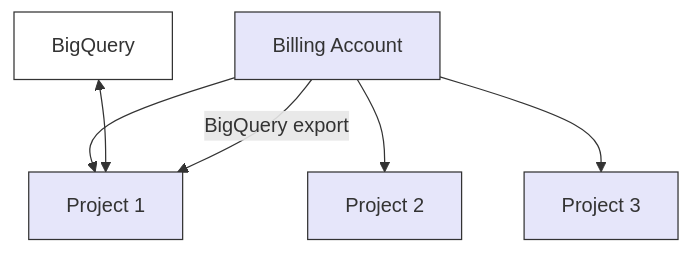
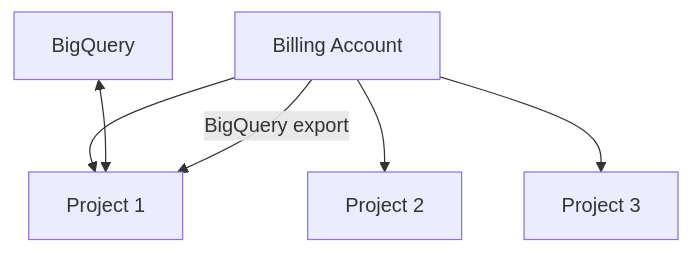
The diagram in guides/connect-gcp.mdx (yasucloud/docs), drawn with Mermaid before and after one commit. The commit also changed other lines of this file and 1 other file, not shown here.

Commit message:
Fix GCP docs

````diff
--- a/guides/connect-gcp.mdx
+++ b/guides/connect-gcp.mdx
@@ -26,16 +26,10 @@
 ```mermaid
 flowchart TD
     BA[Billing Account] --> P1[Project 1]
     BA --> P2[Project 2]
     BA --> P3[Project 3]
-    
+
     BQ[BigQuery] <--> P1
-    
-   BA -- "BigQuery export" --> P1
-    
-    classDef default fill:#e6e6fa,stroke:#333,stroke-width:1px
-    classDef bq fill:#ffffff,stroke:#333,stroke-width:1px
-    
-    class BQ bq
-    
+
+    BA -- "BigQuery export" --> P1
 ```
````
